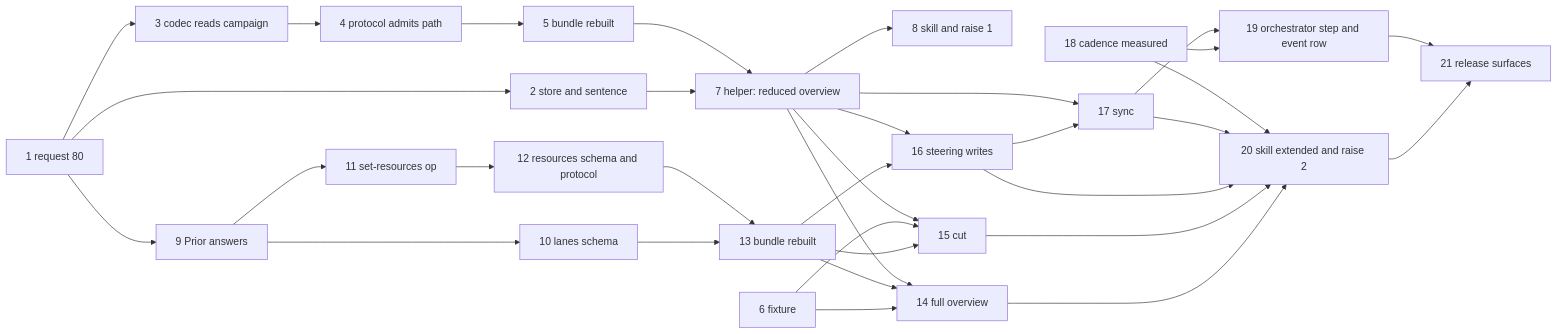
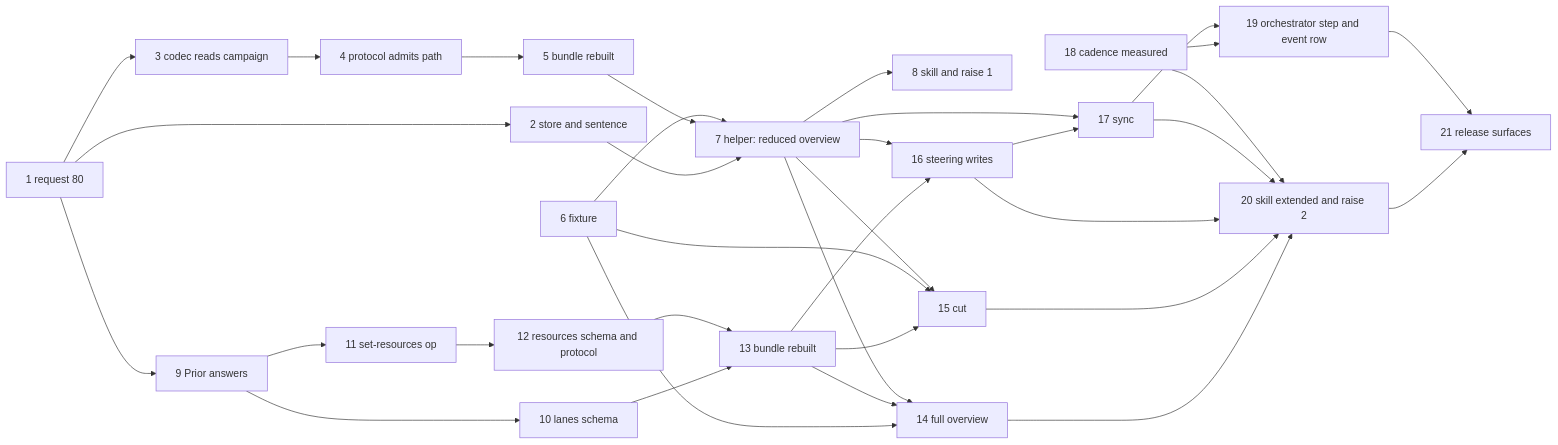
Before and after one commit to tenzoki/fusion: the third of 3 diagrams in fusion-workbench/work-packages/261108-1924-campaign-the-frame-for-work-spread-over-several-checkouts/plans/261108-2301-plan-campaign-the-frame-for-work-spread-over-several-checkouts.md, drawn with Mermaid. The commit also changed other lines of this file and 7 other files, not shown here.

````diff
--- a/fusion-workbench/work-packages/261108-1924-campaign-the-frame-for-work-spread-over-several-checkouts/plans/261108-2301-plan-campaign-the-frame-for-work-spread-over-several-checkouts.md
+++ b/fusion-workbench/work-packages/261108-1924-campaign-the-frame-for-work-spread-over-several-checkouts/plans/261108-2301-plan-campaign-the-frame-for-work-spread-over-several-checkouts.md
@@ -96,35 +97,36 @@
 ```mermaid
 flowchart LR
   S1[1 request 80] --> S2[2 store and sentence]
   S1 --> S3[3 codec reads campaign]
   S3 --> S4[4 protocol admits path]
   S4 --> S5[5 bundle rebuilt]
   S2 --> S7[7 helper: reduced overview]
   S5 --> S7
+  S6[6 fixture] --> S7
   S7 --> S8[8 skill and raise 1]
   S1 --> S9[9 Prior answers]
-  S6[6 fixture] --> S14
+  S6 --> S14
   S9 --> S10[10 lanes schema]
   S9 --> S11[11 set-resources op]
   S11 --> S12[12 resources schema and protocol]
   S10 --> S13[13 bundle rebuilt]
   S12 --> S13
   S13 --> S14[14 full overview]
   S13 --> S15[15 cut]
   S6 --> S15
   S13 --> S16[16 steering writes]
   S16 --> S17[17 sync]
   S7 --> S17
   S18[18 cadence measured] --> S19[19 orchestrator step and event row]
   S17 --> S19
   S14 --> S20[20 skill extended and raise 2]
   S15 --> S20
   S16 --> S20
   S17 --> S20
   S20 --> S21[21 release surfaces]
   S19 --> S21
   S7 --> S14
   S7 --> S15
   S7 --> S16
   S18 --> S20
 ```
````
